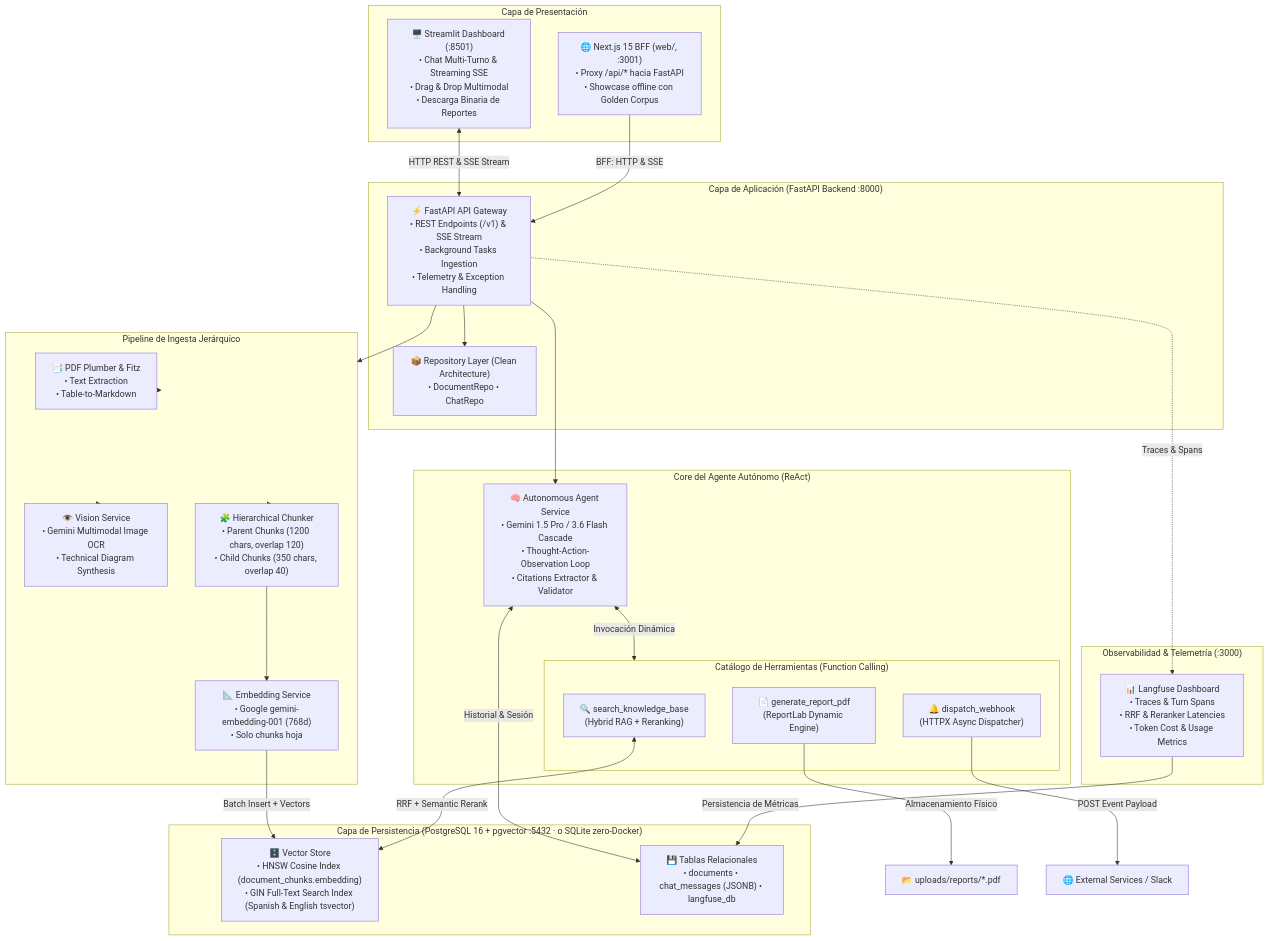
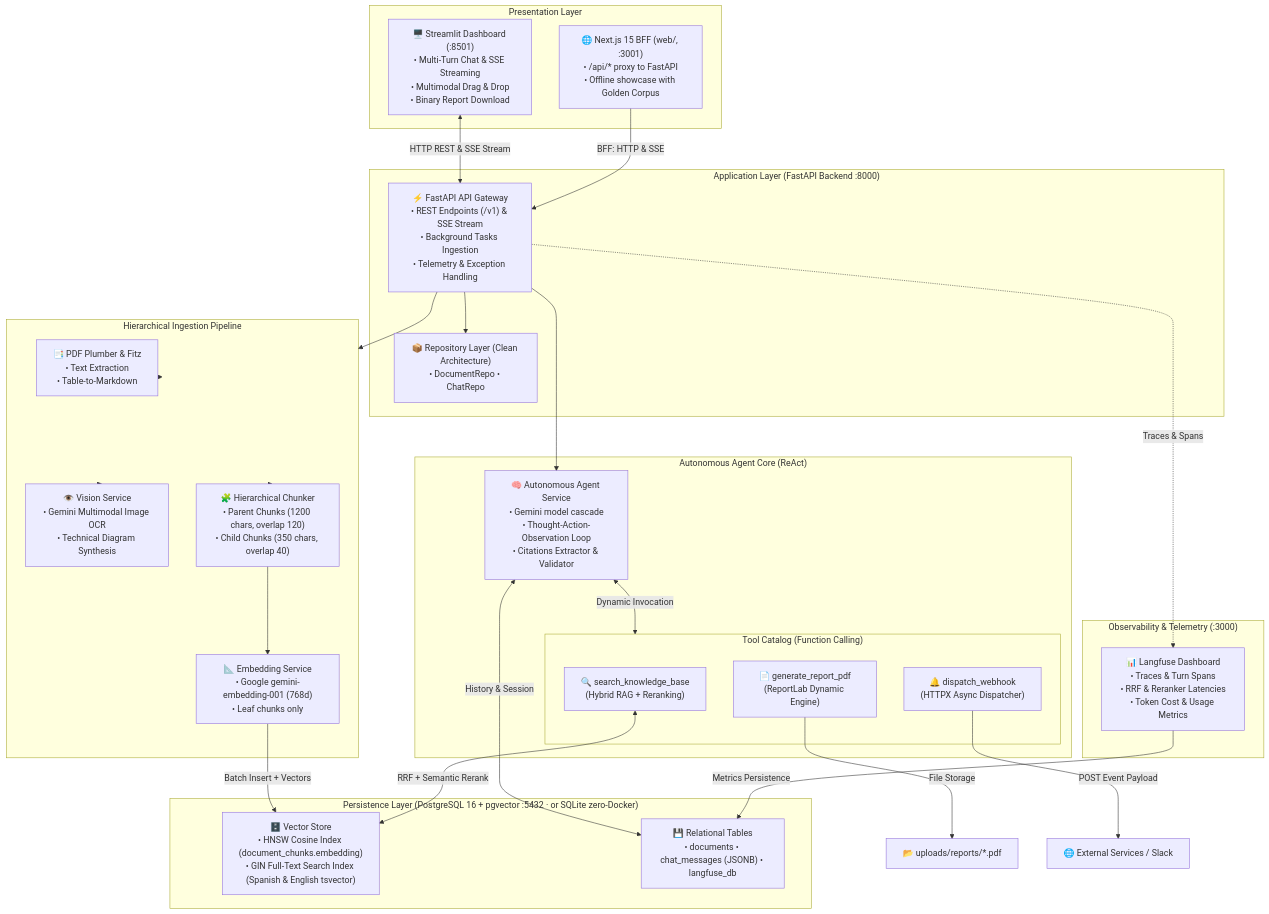
Before and after one commit to MattMattia/multimodal-rag-agent: the diagram in README.md, drawn with Mermaid. The commit also changed other lines of this file and 1 other file, not shown here.

````diff
--- a/README.md
+++ b/README.md
@@ -35,59 +36,59 @@
 ```mermaid
 flowchart TB
-    subgraph UI ["Capa de Presentación"]
-        Streamlit["🖥️ Streamlit Dashboard (:8501)\n• Chat Multi-Turno & Streaming SSE\n• Drag & Drop Multimodal\n• Descarga Binaria de Reportes"]
-        NextJS["🌐 Next.js 15 BFF (web/, :3001)\n• Proxy /api/* hacia FastAPI\n• Showcase offline con Golden Corpus"]
+    subgraph UI ["Presentation Layer"]
+        Streamlit["🖥️ Streamlit Dashboard (:8501)\n• Multi-Turn Chat & SSE Streaming\n• Multimodal Drag & Drop\n• Binary Report Download"]
+        NextJS["🌐 Next.js 15 BFF (web/, :3001)\n• /api/* proxy to FastAPI\n• Offline showcase with Golden Corpus"]
     end
 
-    subgraph Gateway ["Capa de Aplicación (FastAPI Backend :8000)"]
+    subgraph Gateway ["Application Layer (FastAPI Backend :8000)"]
         API["⚡ FastAPI API Gateway\n• REST Endpoints (/v1) & SSE Stream\n• Background Tasks Ingestion\n• Telemetry & Exception Handling"]
         Repo["📦 Repository Layer (Clean Architecture)\n• DocumentRepo • ChatRepo"]
     end
 
-    subgraph Observability ["Observabilidad & Telemetría (:3000)"]
+    subgraph Observability ["Observability & Telemetry (:3000)"]
         Langfuse["📊 Langfuse Dashboard\n• Traces & Turn Spans\n• RRF & Reranker Latencies\n• Token Cost & Usage Metrics"]
     end
 
-    subgraph AgentEngine ["Core del Agente Autónomo (ReAct)"]
-        Agent["🧠 Autonomous Agent Service\n• Gemini 1.5 Pro / 3.6 Flash Cascade\n• Thought-Action-Observation Loop\n• Citations Extractor & Validator"]
+    subgraph AgentEngine ["Autonomous Agent Core (ReAct)"]
+        Agent["🧠 Autonomous Agent Service\n• Gemini model cascade\n• Thought-Action-Observation Loop\n• Citations Extractor & Validator"]
         
-        subgraph ToolsCatalog ["Catálogo de Herramientas (Function Calling)"]
+        subgraph ToolsCatalog ["Tool Catalog (Function Calling)"]
             T1["🔍 search_knowledge_base\n(Hybrid RAG + Reranking)"]
             T2["📄 generate_report_pdf\n(ReportLab Dynamic Engine)"]
             T3["🔔 dispatch_webhook\n(HTTPX Async Dispatcher)"]
         end
     end
 
-    subgraph MultimodalPipeline ["Pipeline de Ingesta Jerárquico"]
+    subgraph MultimodalPipeline ["Hierarchical Ingestion Pipeline"]
         PDFParser["📑 PDF Plumber & Fitz\n• Text Extraction\n• Table-to-Markdown"]
         Vision["👁️ Vision Service\n• Gemini Multimodal Image OCR\n• Technical Diagram Synthesis"]
         Chunker["🧩 Hierarchical Chunker\n• Parent Chunks (1200 chars, overlap 120)\n• Child Chunks (350 chars, overlap 40)"]
-        Embedder["📐 Embedding Service\n• Google gemini-embedding-001 (768d)\n• Solo chunks hoja"]
+        Embedder["📐 Embedding Service\n• Google gemini-embedding-001 (768d)\n• Leaf chunks only"]
     end
 
-    subgraph DataStore ["Capa de Persistencia (PostgreSQL 16 + pgvector :5432 · o SQLite zero-Docker)"]
+    subgraph DataStore ["Persistence Layer (PostgreSQL 16 + pgvector :5432 · or SQLite zero-Docker)"]
         PGVector["🗄️ Vector Store\n• HNSW Cosine Index (document_chunks.embedding)\n• GIN Full-Text Search Index (Spanish & English tsvector)"]
-        Relational["💾 Tablas Relacionales\n• documents • chat_messages (JSONB) • langfuse_db"]
+        Relational["💾 Relational Tables\n• documents • chat_messages (JSONB) • langfuse_db"]
     end
 
     Streamlit <-->|HTTP REST & SSE Stream| API
     NextJS -->|BFF: HTTP & SSE| API
     API --> Repo
     API --> Agent
     API --> MultimodalPipeline
     API -.->|Traces & Spans| Langfuse
     
     MultimodalPipeline --> PDFParser
     MultimodalPipeline --> Vision
     MultimodalPipeline --> Chunker
     Chunker --> Embedder
     Embedder -->|Batch Insert + Vectors| PGVector
 
-    Agent <-->|Invocación Dinámica| ToolsCatalog
+    Agent <-->|Dynamic Invocation| ToolsCatalog
     T1 <-->|RRF + Semantic Rerank| PGVector
-    T2 -->|Almacenamiento Físico| DiskReports["📂 uploads/reports/*.pdf"]
+    T2 -->|File Storage| DiskReports["📂 uploads/reports/*.pdf"]
     T3 -->|POST Event Payload| WebhookTarget["🌐 External Services / Slack"]
 
-    Agent <-->|Historial & Sesión| Relational
-    Langfuse -->|Persistencia de Métricas| Relational
+    Agent <-->|History & Session| Relational
+    Langfuse -->|Metrics Persistence| Relational
 ```
````
